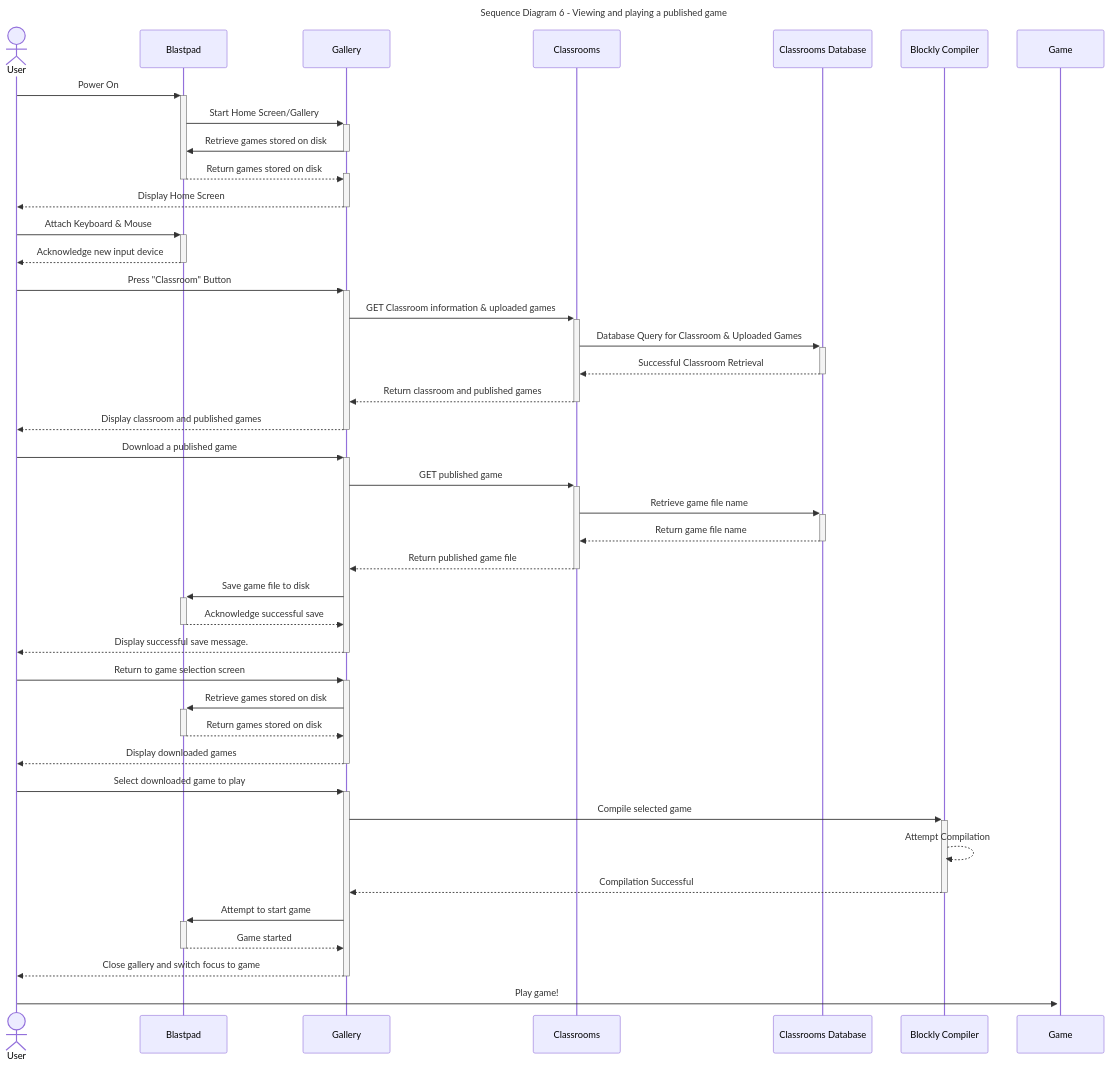
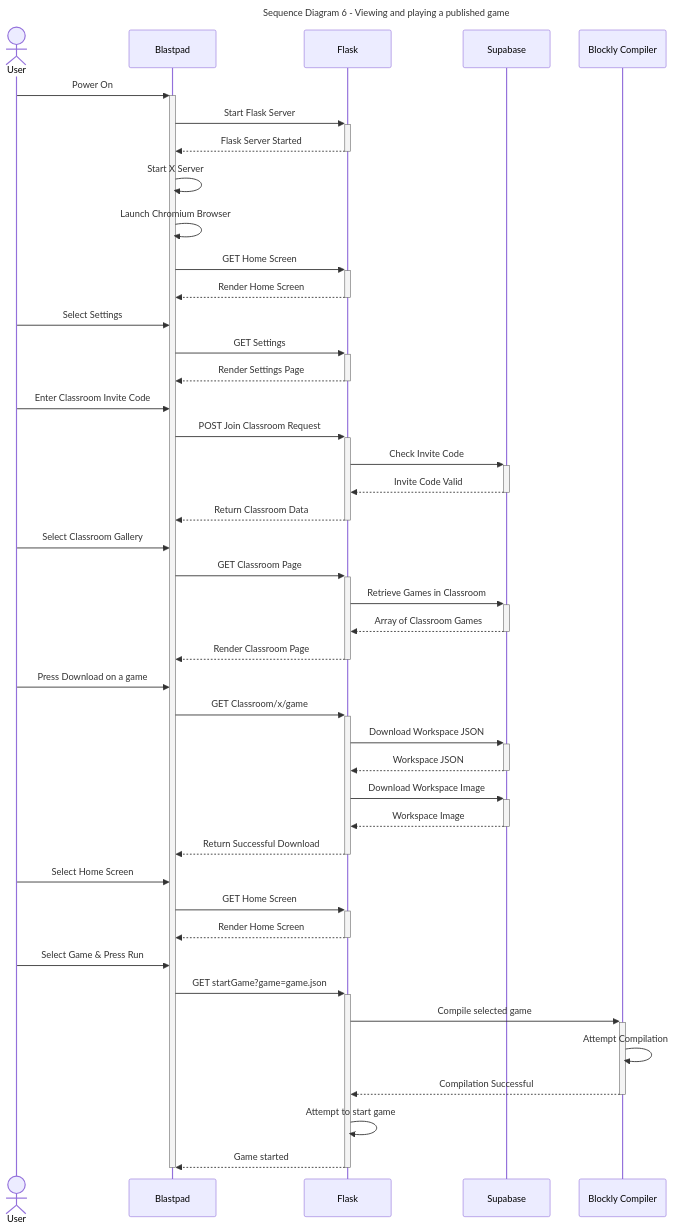
One commit to Capstone-Projects-2024-Spring/project-blastpad changed the sixth of 11 diagrams in documentation/docs/system-architecture/sequence-diagrams.md. Above: the diagram before and after it, drawn with Mermaid. The commit also changed other lines of this file and 3 other files, not shown here.

Commit message:
Use Case Seq Diagrams

````diff
--- a/documentation/docs/system-architecture/sequence-diagrams.md
+++ b/documentation/docs/system-architecture/sequence-diagrams.md
@@ -209,49 +210,61 @@
 ```mermaid
 ---
 title: "Sequence Diagram 6 - Viewing and playing a published game"
 ---
-
 sequenceDiagram
 actor User
 User->>+Blastpad: Power On
-Blastpad->>+Gallery: Start Home Screen/Gallery
-Gallery->>-Blastpad: Retrieve games stored on disk
-Blastpad-->>+Gallery: Return games stored on disk
-deactivate Blastpad	
-Gallery-->>-User: Display Home Screen
-
-User->>+Blastpad: Attach Keyboard & Mouse
-Blastpad-->>-User: Acknowledge new input device
-
-User->>+Gallery: Press "Classroom" Button
-Gallery->>+Classrooms: GET Classroom information & uploaded games
-Classrooms->>+Classrooms Database: Database Query for Classroom & Uploaded Games
-Classrooms Database-->>-Classrooms: Successful Classroom Retrieval
-Classrooms-->>-Gallery: Return classroom and published games
-Gallery-->>-User: Display classroom and published games
-
-User->>+Gallery: Download a published game
-Gallery->>+Classrooms: GET published game
-Classrooms->>+Classrooms Database: Retrieve game file name
-Classrooms Database-->>-Classrooms: Return game file name
-Classrooms-->>-Gallery: Return published game file
-Gallery->>+Blastpad: Save game file to disk
-Blastpad-->>-Gallery: Acknowledge successful save
-Gallery-->>-User: Display successful save message.
+Blastpad->>+Flask: Start Flask Server
+Flask-->>-Blastpad: Flask Server Started
+Blastpad->>Blastpad: Start X Server
+Blastpad->>Blastpad: Launch Chromium Browser
 
 
-User->>+Gallery: Return to game selection screen
-Gallery->>+Blastpad: Retrieve games stored on disk
-Blastpad-->>-Gallery: Return games stored on disk
-Gallery-->>-User: Display downloaded games
+Blastpad->>+Flask: GET Home Screen
+Flask-->>-Blastpad: Render Home Screen
 
-User->>+Gallery: Select downloaded game to play
-Gallery->>+Blockly Compiler: Compile selected game
-Blockly Compiler-->>Blockly Compiler: Attempt Compilation
-Blockly Compiler-->>-Gallery: Compilation Successful
-Gallery->>+Blastpad: Attempt to start game
-Blastpad-->>-Gallery: Game started
-Gallery-->>-User: Close gallery and switch focus to game
-User->>+Game: Play game!
+User->>Blastpad: Select Settings
+Blastpad->>+Flask: GET Settings
+Flask-->>-Blastpad: Render Settings Page
+
+
+User->>Blastpad: Enter Classroom Invite Code
+Blastpad->>+Flask: POST Join Classroom Request
+Flask->>+Supabase: Check Invite Code
+Supabase-->>-Flask: Invite Code Valid
+Flask-->>-Blastpad: Return Classroom Data
+
+User->>Blastpad: Select Classroom Gallery
+Blastpad->>+Flask: GET Classroom Page
+Flask->>+Supabase: Retrieve Games in Classroom
+Supabase-->>-Flask: Array of Classroom Games
+Flask-->>-Blastpad: Render Classroom Page
+
+
+User->>Blastpad: Press Download on a game
+Blastpad->>+Flask: GET Classroom/x/game
+Flask->>+Supabase: Download Workspace JSON
+Supabase-->>-Flask: Workspace JSON
+Flask->>+Supabase: Download Workspace Image
+Supabase-->>-Flask: Workspace Image
+Flask-->>-Blastpad: Return Successful Download
+
+
+User->>Blastpad: Select Home Screen
+Blastpad->>+Flask: GET Home Screen
+Flask-->>-Blastpad: Render Home Screen
+
+
+User->>Blastpad: Select Game & Press Run
+Blastpad->>+Flask: GET startGame?game=game.json
+Flask->>+Blockly Compiler: Compile selected game
+Blockly Compiler->>Blockly Compiler: Attempt Compilation
+Blockly Compiler-->>-Flask: Compilation Successful
+Flask->>Flask: Attempt to start game
+Flask-->>-Blastpad: Game started
+
+
+
+deactivate Blastpad
 
 ```
````
